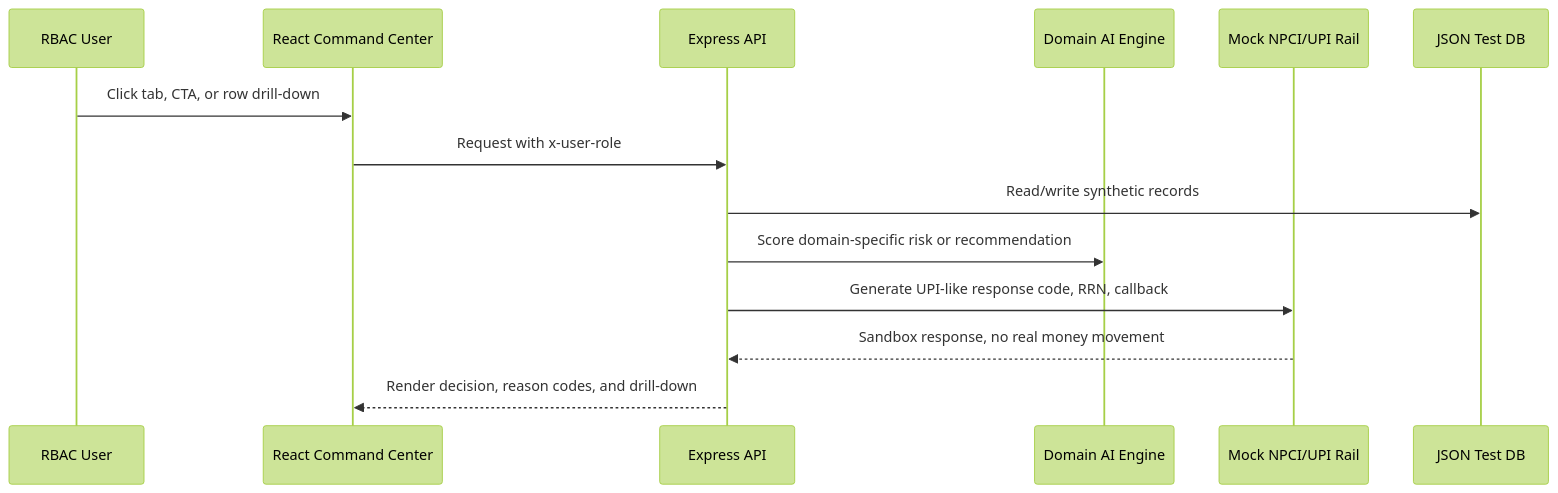
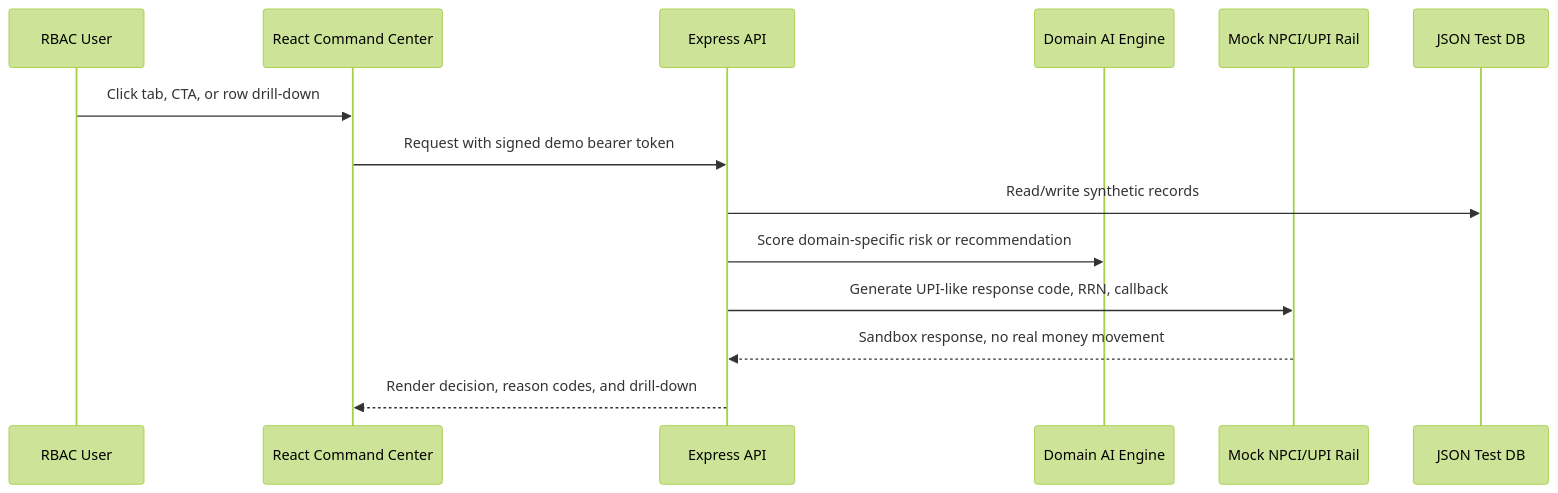
One commit to jprbom/cashflow-memory-for-bharat changed the third of 5 diagrams in docs/DIAGRAMS.md. Above: the diagram before and after it, drawn with Mermaid (forest theme). The commit also changed other lines of this file and 8 other files, not shown here.

Commit message:
docs: refresh latest architecture and enhancement details

```diff
--- a/docs/DIAGRAMS.md
+++ b/docs/DIAGRAMS.md
@@ -31,16 +44,16 @@
 ~~~mermaid
 sequenceDiagram
   participant User as RBAC User
   participant UI as React Command Center
   participant API as Express API
   participant Model as Domain AI Engine
   participant Mock as Mock NPCI/UPI Rail
   participant DB as JSON Test DB
   User->>UI: Click tab, CTA, or row drill-down
-  UI->>API: Request with x-user-role
+  UI->>API: Request with signed demo bearer token
   API->>DB: Read/write synthetic records
   API->>Model: Score domain-specific risk or recommendation
   API->>Mock: Generate UPI-like response code, RRN, callback
   Mock-->>API: Sandbox response, no real money movement
   API-->>UI: Render decision, reason codes, and drill-down
 ~~~
```
